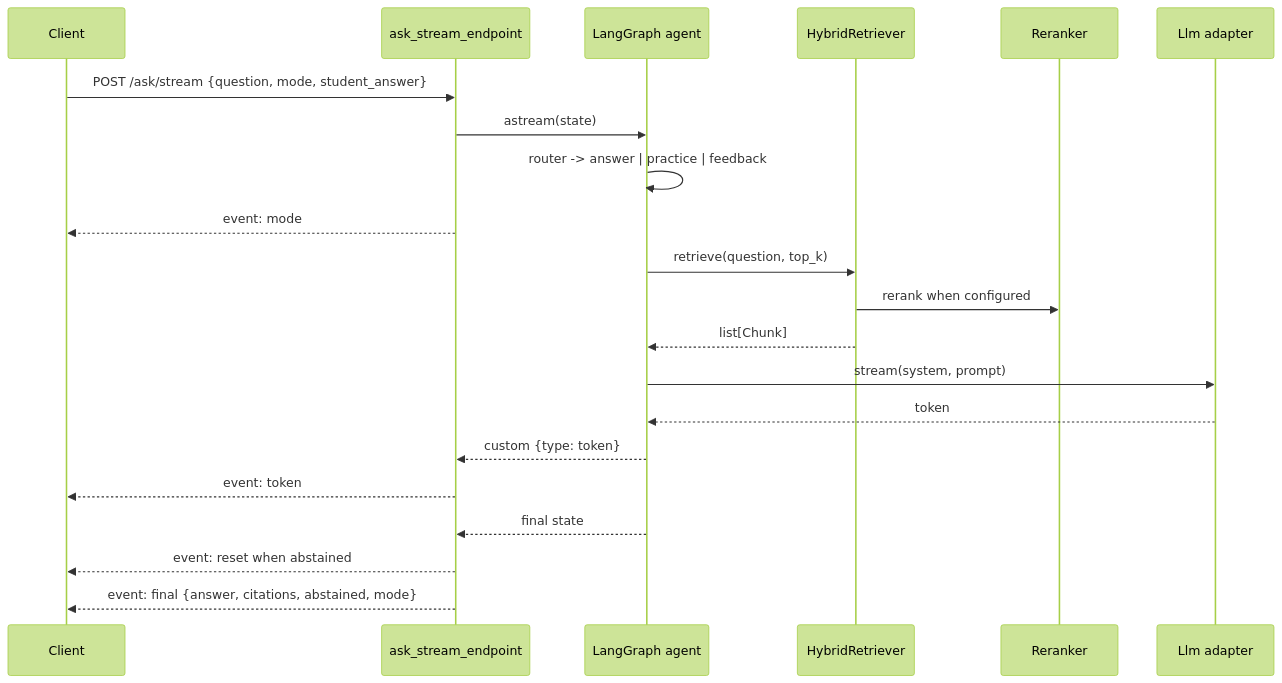
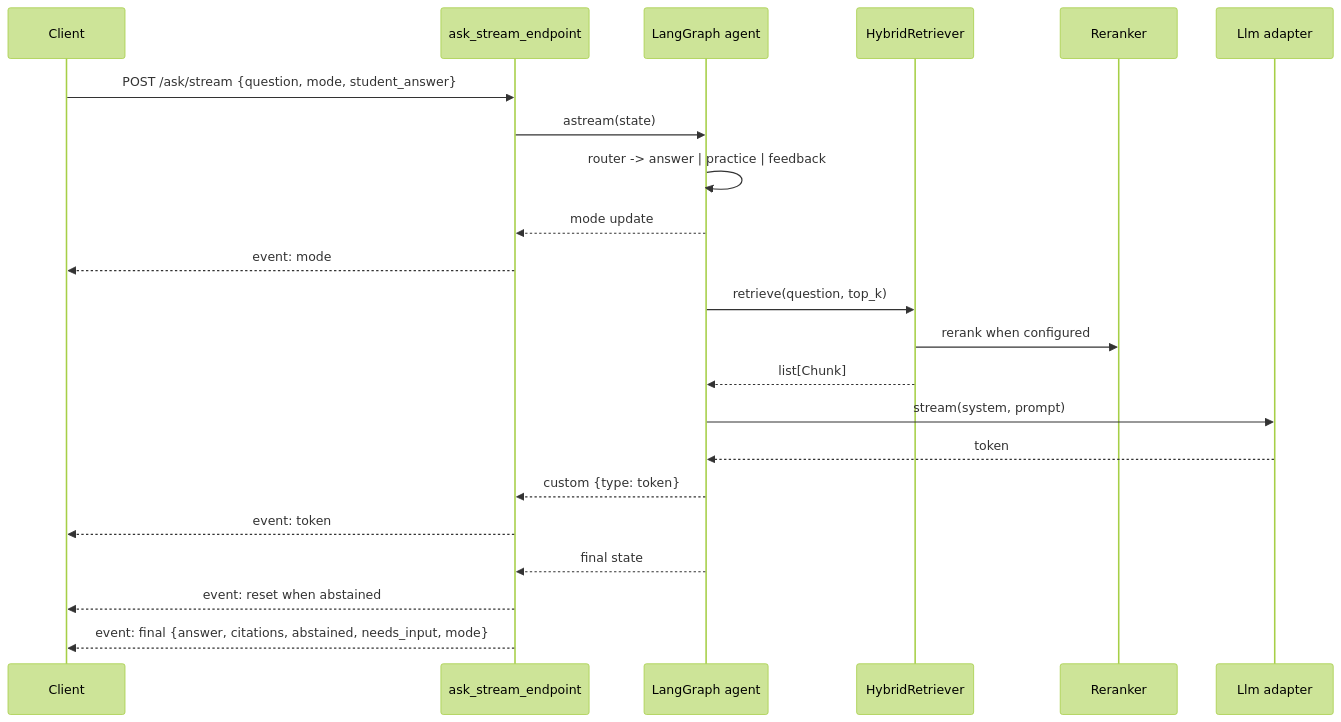
Before and after one commit to monitus2022/owl-online: the fourth of 5 diagrams in docs/architecture.md, drawn with Mermaid (forest theme). The commit also changed other lines of this file and 15 other files, not shown here.

````diff
--- a/docs/architecture.md
+++ b/docs/architecture.md
@@ -196,24 +196,25 @@
 ```mermaid
 sequenceDiagram
   participant C as Client
   participant API as ask_stream_endpoint
   participant G as LangGraph agent
   participant R as HybridRetriever
   participant RR as Reranker
   participant LLM as Llm adapter
 
   C->>API: POST /ask/stream {question, mode, student_answer}
   API->>G: astream(state)
   G->>G: router -> answer | practice | feedback
+  G-->>API: mode update
   API-->>C: event: mode
   G->>R: retrieve(question, top_k)
   R->>RR: rerank when configured
   R-->>G: list[Chunk]
   G->>LLM: stream(system, prompt)
   LLM-->>G: token
   G-->>API: custom {type: token}
   API-->>C: event: token
   G-->>API: final state
   API-->>C: event: reset when abstained
-  API-->>C: event: final {answer, citations, abstained, mode}
+  API-->>C: event: final {answer, citations, abstained, needs_input, mode}
 ```
````
